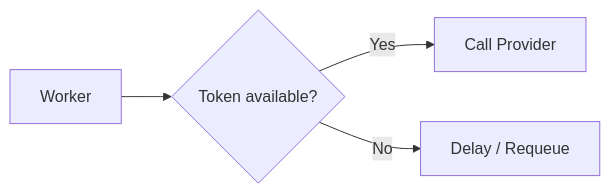
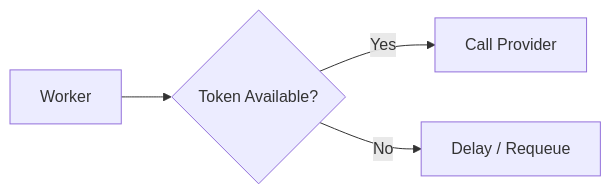
The seventh of 10 diagrams in src/content/system-design/notification-system.md (AvadhBhalodiya/Interview-Preparation), drawn with Mermaid before and after one commit. The commit also changed other lines of this file and 54 other files, not shown here.

````diff
--- a/src/content/system-design/notification-system.md
+++ b/src/content/system-design/notification-system.md
@@ -1094,6 +728,6 @@
 ```mermaid
 flowchart LR
-    W[Worker] --> L{Token available?}
+    W[Worker] --> L{Token Available?}
     L -->|Yes| P[Call Provider]
     L -->|No| D[Delay / Requeue]
 ```
````
